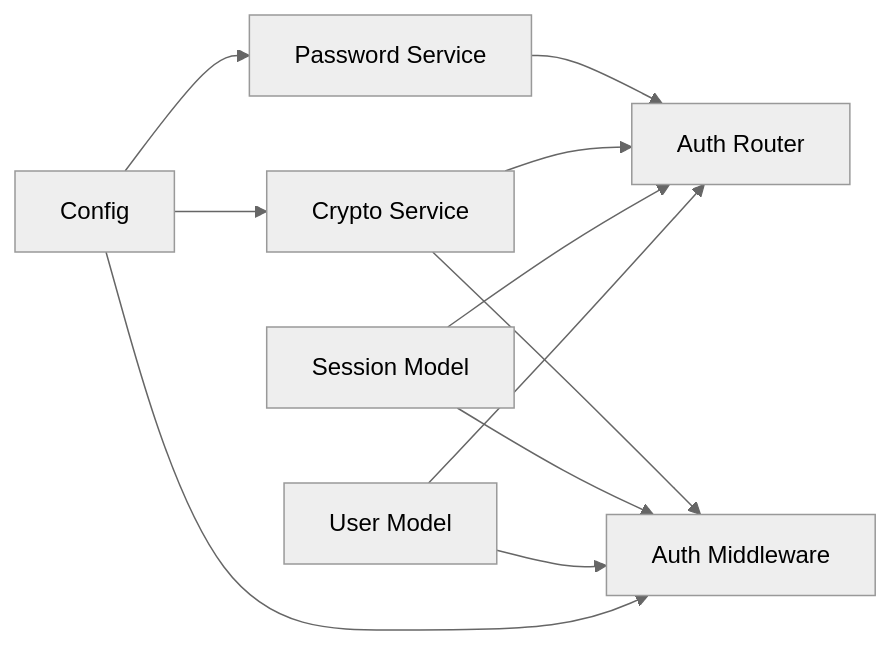
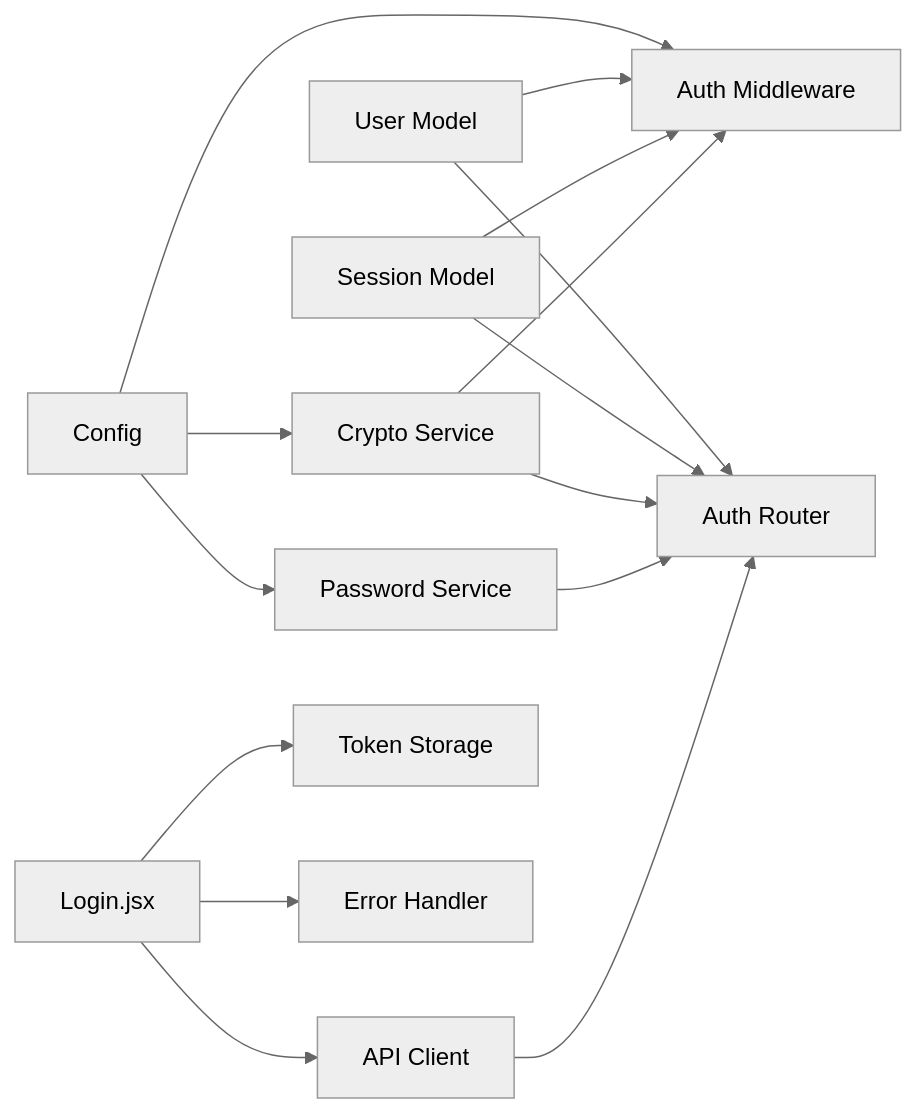
One commit to 14Lucifer/hackathon_ecs_creator changed the fifth of 5 diagrams in .qoder/repowiki/en/content/System Architecture/Backend Architecture/Authentication & Authorization System/Authentication Flow & Token Management.md. Above: the diagram before and after it, drawn with Mermaid (neutral theme). The commit also changed other lines of this file and 120 other files, not shown here.

````diff
--- a/.qoder/repowiki/en/content/System Architecture/Backend Architecture/Authentication & Authorization System/Authentication Flow & Token Management.md
+++ b/.qoder/repowiki/en/content/System Architecture/Backend Architecture/Authentication & Authorization System/Authentication Flow & Token Management.md
@@ -285,13 +384,17 @@
 ```mermaid
 graph LR
 Config["Config"] --> Crypto["Crypto Service"]
 Config --> Password["Password Service"]
 Config --> Middleware["Auth Middleware"]
 User["User Model"] --> Router["Auth Router"]
 Session["Session Model"] --> Router
 User --> Middleware
 Session --> Middleware
 Crypto --> Router
 Password --> Router
 Crypto --> Middleware
+Login["Login.jsx"] --> API["API Client"]
+API --> Router
+Login --> TokenStorage["Token Storage"]
+Login --> ErrorHandler["Error Handler"]
 ```
````
